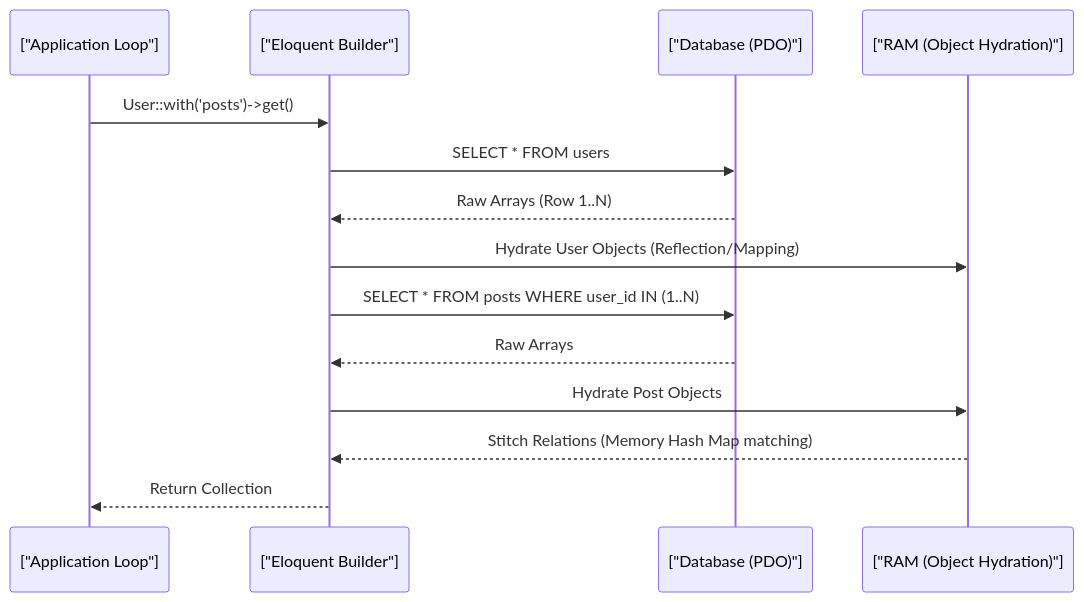
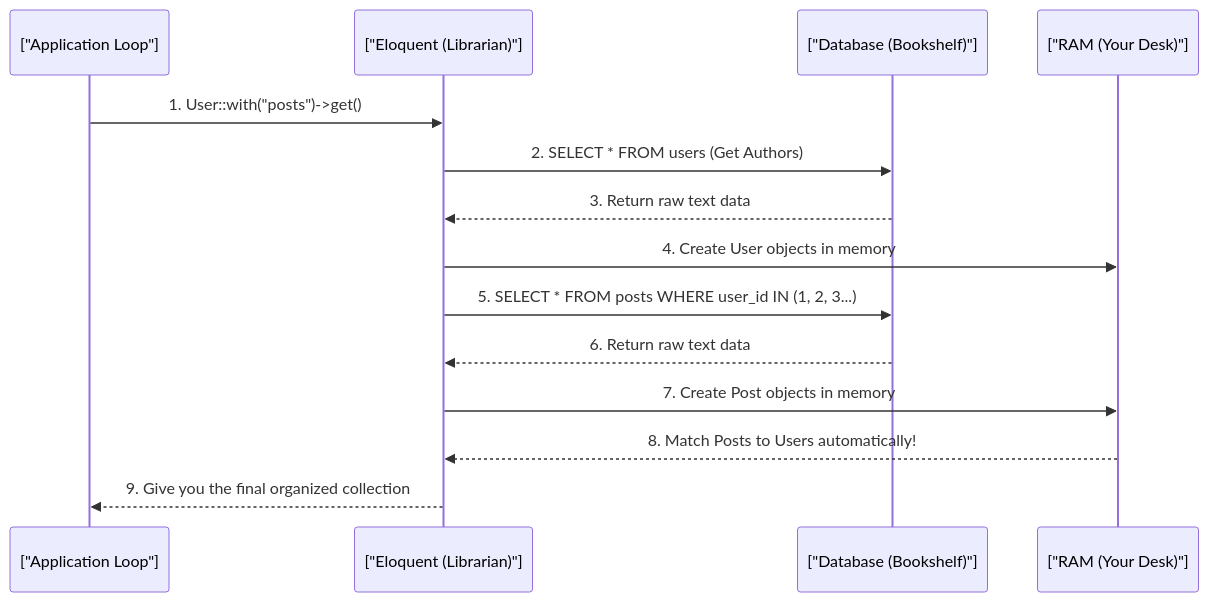
One commit to fazleyrabby/backend-engineering-mastery changed the diagram in laravel-internals/03_eloquent_hydration_n_plus_one.md. Above: the diagram before and after it, drawn with Mermaid. The commit also changed other lines of this file and 4 other files, not shown here.

````diff
--- a/laravel-internals/03_eloquent_hydration_n_plus_one.md
+++ b/laravel-internals/03_eloquent_hydration_n_plus_one.md
@@ -23,17 +28,17 @@
 ```mermaid
 sequenceDiagram
     participant App as ["Application Loop"]
-    participant Eloq as ["Eloquent Builder"]
-    participant PDO as ["Database (PDO)"]
-    participant Mem as ["RAM (Object Hydration)"]
+    participant Eloq as ["Eloquent (Librarian)"]
+    participant PDO as ["Database (Bookshelf)"]
+    participant Mem as ["RAM (Your Desk)"]
 
-    App->>Eloq: User::with('posts')->get()
-    Eloq->>PDO: SELECT * FROM users
-    PDO-->>Eloq: Raw Arrays (Row 1..N)
-    Eloq->>Mem: Hydrate User Objects (Reflection/Mapping)
-    Eloq->>PDO: SELECT * FROM posts WHERE user_id IN (1..N)
-    PDO-->>Eloq: Raw Arrays
-    Eloq->>Mem: Hydrate Post Objects
-    Mem-->>Eloq: Stitch Relations (Memory Hash Map matching)
-    Eloq-->>App: Return Collection
+    App->>Eloq: 1. User::with("posts")->get()
+    Eloq->>PDO: 2. SELECT * FROM users (Get Authors)
+    PDO-->>Eloq: 3. Return raw text data
+    Eloq->>Mem: 4. Create User objects in memory
+    Eloq->>PDO: 5. SELECT * FROM posts WHERE user_id IN (1, 2, 3...)
+    PDO-->>Eloq: 6. Return raw text data
+    Eloq->>Mem: 7. Create Post objects in memory
+    Mem-->>Eloq: 8. Match Posts to Users automatically!
+    Eloq-->>App: 9. Give you the final organized collection
 ```
````
